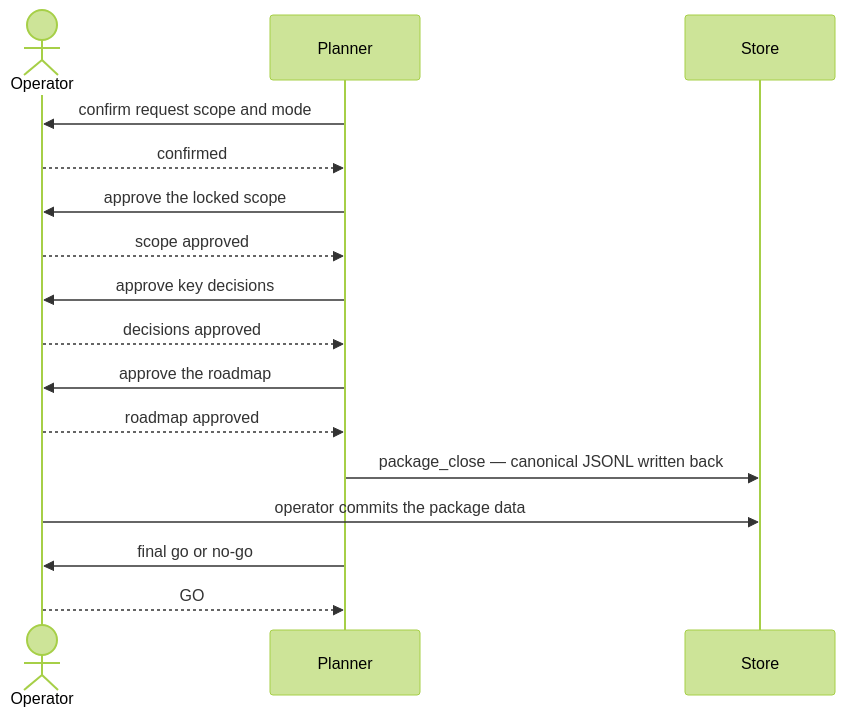
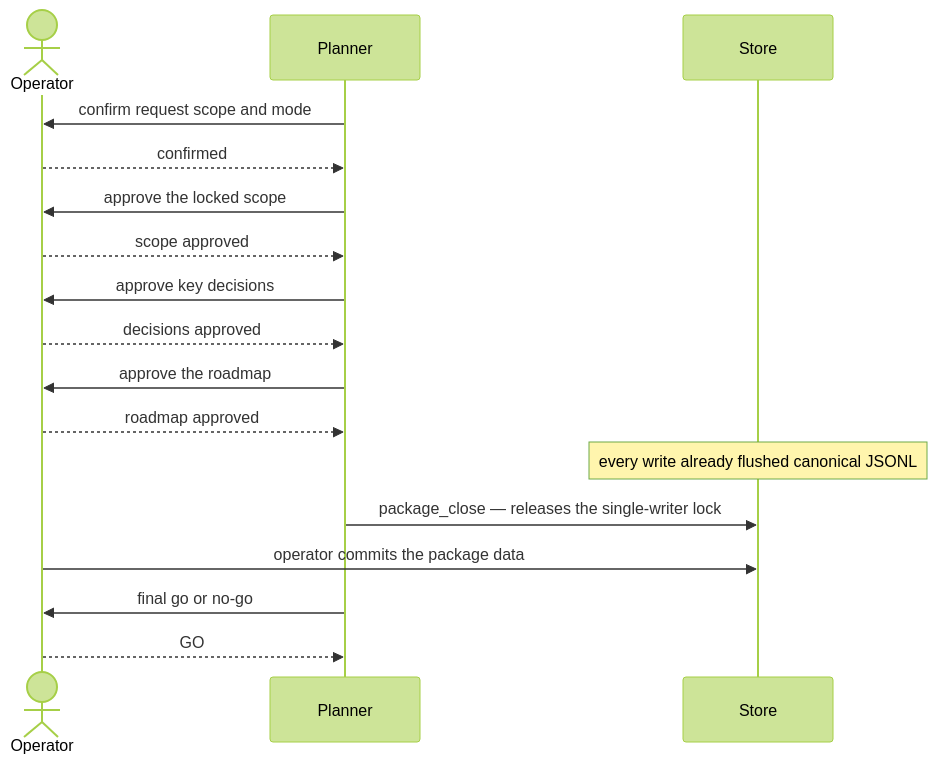
One commit to A-H-911/tamheed changed the second of 2 diagrams in docs/workflow.md. Above: the diagram before and after it, drawn with Mermaid (forest theme). The commit also changed 11 other files, not shown here.

First line of the commit message:
docs: docs and diagrams follow plans 063-071; a wrong sequence diagram corrected (plan 072)

````diff
--- a/docs/workflow.md
+++ b/docs/workflow.md
@@ -139,18 +139,19 @@
 ```mermaid
 sequenceDiagram
     actor Operator
     participant Planner
     participant Store
     Planner->>Operator: confirm request scope and mode
     Operator-->>Planner: confirmed
     Planner->>Operator: approve the locked scope
     Operator-->>Planner: scope approved
     Planner->>Operator: approve key decisions
     Operator-->>Planner: decisions approved
     Planner->>Operator: approve the roadmap
     Operator-->>Planner: roadmap approved
-    Planner->>Store: package_close — canonical JSONL written back
+    Note over Store: every write already flushed canonical JSONL
+    Planner->>Store: package_close — releases the single-writer lock
     Operator->>Store: operator commits the package data
     Planner->>Operator: final go or no-go
     Operator-->>Planner: GO
 ```
````
